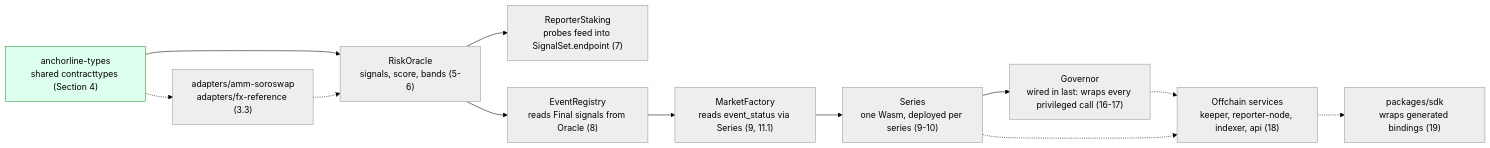
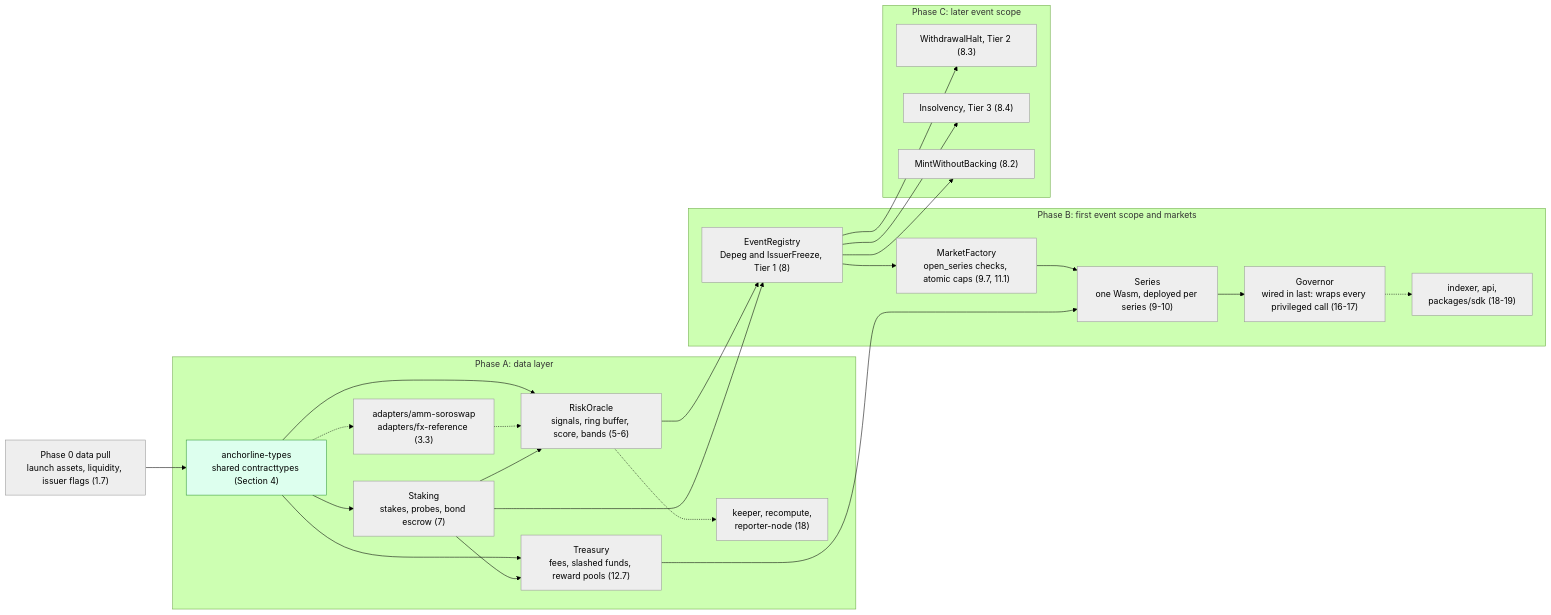
One commit to Sylox-labs/sylox changed diagram 14 of 14 in technical-doc.md. Above: the diagram before and after it, drawn with Mermaid (forest theme). The commit also changed other lines of this file, not shown here.

````diff
--- a/technical-doc.md
+++ b/technical-doc.md
@@ -1559,21 +2151,40 @@
 ```mermaid
 flowchart LR
-  A["anchorline-types<br/>shared contracttypes (Section 4)"] --> B["RiskOracle<br/>signals, score, bands (5-6)"]
-  B --> C["ReporterStaking<br/>probes feed into SignalSet.endpoint (7)"]
-  B --> D["EventRegistry<br/>reads Final signals from Oracle (8)"]
-  D --> E["MarketFactory<br/>reads event_status via Series (9, 11.1)"]
-  E --> F["Series<br/>one Wasm, deployed per series (9-10)"]
-  F --> G["Governor<br/>wired in last: wraps every privileged call (16-17)"]
+  P0["Phase 0 data pull<br/>launch assets, liquidity, issuer flags (1.7)"] --> A
 
-  A -.-> H["adapters/amm-soroswap<br/>adapters/fx-reference (3.3)"]
-  H -.-> B
+  subgraph PA["Phase A: data layer"]
+    A["anchorline-types<br/>shared contracttypes (Section 4)"] --> B["RiskOracle<br/>signals, ring buffer, score, bands (5-6)"]
+    A --> C["Staking<br/>stakes, probes, bond escrow (7)"]
+    A --> T["Treasury<br/>fees, slashed funds, reward pools (12.7)"]
+    A -.-> H["adapters/amm-soroswap<br/>adapters/fx-reference (3.3)"]
+    H -.-> B
+    C --> B
+    C --> T
+    B -.-> K["keeper, recompute,<br/>reporter-node (18)"]
+  end
 
-  G -.-> I["Offchain services<br/>keeper, reporter-node, indexer, api (18)"]
-  F -.-> I
-  I -.-> J["packages/sdk<br/>wraps generated bindings (19)"]
+  subgraph PB["Phase B: first event scope and markets"]
+    D["EventRegistry<br/>Depeg and IssuerFreeze, Tier 1 (8)"] --> E["MarketFactory<br/>open_series checks, atomic caps (9.7, 11.1)"]
+    E --> F["Series<br/>one Wasm, deployed per series (9-10)"]
+    F --> G["Governor<br/>wired in last: wraps every privileged call (16-17)"]
+    G -.-> I["indexer, api,<br/>packages/sdk (18-19)"]
+  end
+
+  subgraph PC["Phase C: later event scope"]
+    L["WithdrawalHalt, Tier 2 (8.3)"]
+    M["Insolvency, Tier 3 (8.4)"]
+    N["MintWithoutBacking (8.2)"]
+  end
+
+  B --> D
+  C --> D
+  T --> F
+  D --> L
+  D --> M
+  D --> N
 
   classDef done fill:#dfe,stroke:#393;
   classDef todo fill:#eee,stroke:#999;
   class A done;
-  class B,C,D,E,F,G,H,I,J todo;
+  class P0,B,C,T,H,K,D,E,F,G,I,L,M,N todo;
 ```
````
